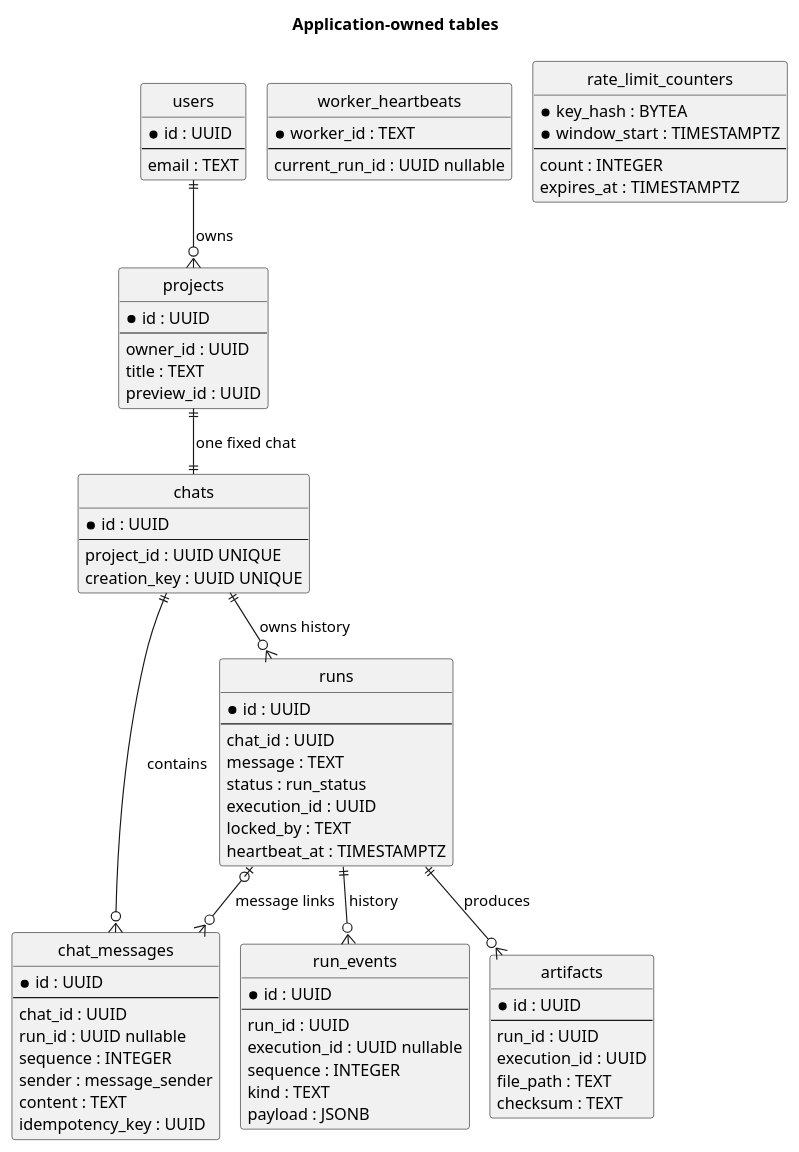
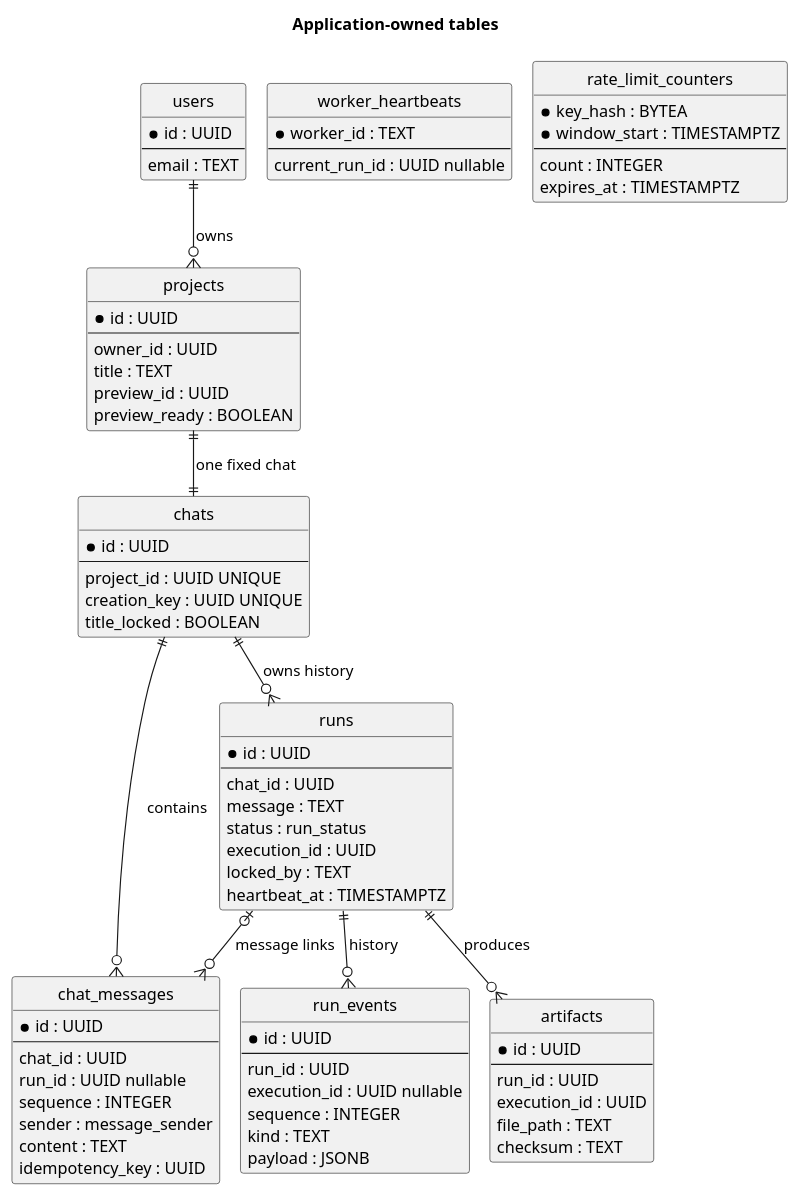
The seventh of 7 diagrams in docs/architecture.md (gdpe-franco/ai-coding-agent-pipeline), drawn with PlantUML before and after one commit. The commit also changed other lines of this file and 32 other files, not shown here.

```diff
--- a/docs/architecture.md
+++ b/docs/architecture.md
@@ -634,12 +635,14 @@
   owner_id : UUID
   title : TEXT
   preview_id : UUID
+  preview_ready : BOOLEAN
 }
 entity chats {
   * id : UUID
   --
   project_id : UUID UNIQUE
   creation_key : UUID UNIQUE
+  title_locked : BOOLEAN
 }
 entity chat_messages {
   * id : UUID
```
